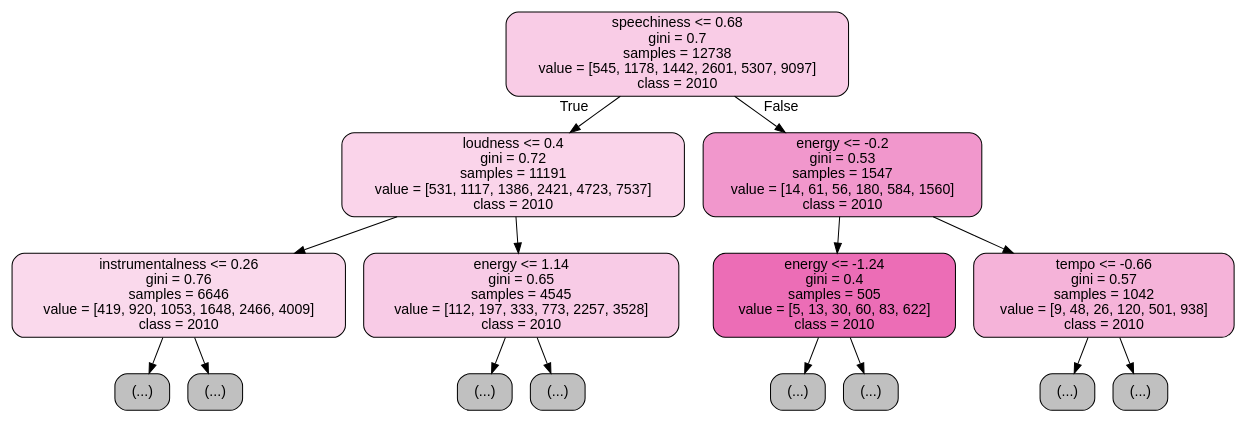
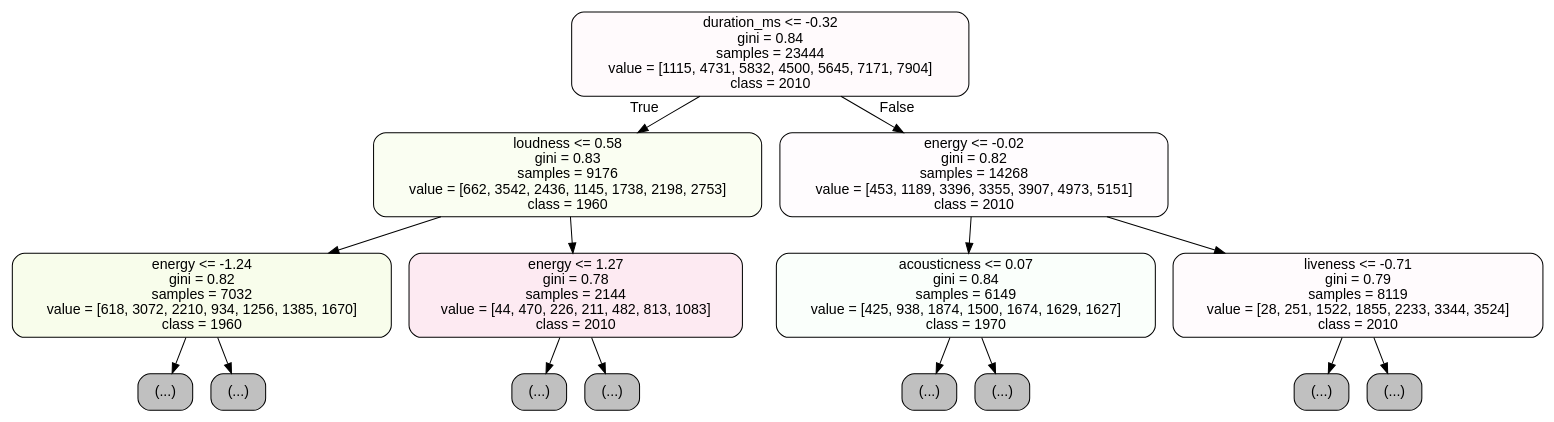
One commit to sam-lupton/sl-capstone changed the diagram in tree.dot. Above: the diagram before and after it, drawn with Graphviz. The commit also changed 18 other files, not shown here.

```diff
--- a/tree.dot
+++ b/tree.dot
@@ -1,33 +1,33 @@
 digraph Tree {
 node [shape=box, style="filled, rounded", color="black", fontname=helvetica] ;
 edge [fontname=helvetica] ;
-0 [label="speechiness <= 0.68\ngini = 0.7\nsamples = 12738\nvalue = [545, 1178, 1442, 2601, 5307, 9097]\nclass = 2010", fillcolor="#e5399d41"] ;
-1 [label="loudness <= 0.4\ngini = 0.72\nsamples = 11191\nvalue = [531, 1117, 1386, 2421, 4723, 7537]\nclass = 2010", fillcolor="#e5399d37"] ;
+0 [label="duration_ms <= -0.32\ngini = 0.84\nsamples = 23444\nvalue = [1115, 4731, 5832, 4500, 5645, 7171, 7904]\nclass = 2010", fillcolor="#e5398606"] ;
+1 [label="loudness <= 0.58\ngini = 0.83\nsamples = 9176\nvalue = [662, 3542, 2436, 1145, 1738, 2198, 2753]\nclass = 1960", fillcolor="#b7e53911"] ;
 0 -> 1 [labeldistance=2.5, labelangle=45, headlabel="True"] ;
-2 [label="instrumentalness <= 0.26\ngini = 0.76\nsamples = 6646\nvalue = [419, 920, 1053, 1648, 2466, 4009]\nclass = 2010", fillcolor="#e5399d31"] ;
+2 [label="energy <= -1.24\ngini = 0.82\nsamples = 7032\nvalue = [618, 3072, 2210, 934, 1256, 1385, 1670]\nclass = 1960", fillcolor="#b7e53919"] ;
 1 -> 2 ;
 3 [label="(...)", fillcolor="#C0C0C0"] ;
 2 -> 3 ;
-3528 [label="(...)", fillcolor="#C0C0C0"] ;
-2 -> 3528 ;
-4273 [label="energy <= 1.14\ngini = 0.65\nsamples = 4545\nvalue = [112, 197, 333, 773, 2257, 3528]\nclass = 2010", fillcolor="#e5399d42"] ;
-1 -> 4273 ;
-4274 [label="(...)", fillcolor="#C0C0C0"] ;
-4273 -> 4274 ;
-6043 [label="(...)", fillcolor="#C0C0C0"] ;
-4273 -> 6043 ;
-6968 [label="energy <= -0.2\ngini = 0.53\nsamples = 1547\nvalue = [14, 61, 56, 180, 584, 1560]\nclass = 2010", fillcolor="#e5399d85"] ;
-0 -> 6968 [labeldistance=2.5, labelangle=-45, headlabel="False"] ;
-6969 [label="energy <= -1.24\ngini = 0.4\nsamples = 505\nvalue = [5, 13, 30, 60, 83, 622]\nclass = 2010", fillcolor="#e5399dbc"] ;
-6968 -> 6969 ;
-6970 [label="(...)", fillcolor="#C0C0C0"] ;
-6969 -> 6970 ;
-7011 [label="(...)", fillcolor="#C0C0C0"] ;
-6969 -> 7011 ;
-7164 [label="tempo <= -0.66\ngini = 0.57\nsamples = 1042\nvalue = [9, 48, 26, 120, 501, 938]\nclass = 2010", fillcolor="#e5399d62"] ;
-6968 -> 7164 ;
-7165 [label="(...)", fillcolor="#C0C0C0"] ;
-7164 -> 7165 ;
-7376 [label="(...)", fillcolor="#C0C0C0"] ;
-7164 -> 7376 ;
+1798 [label="(...)", fillcolor="#C0C0C0"] ;
+2 -> 1798 ;
+7147 [label="energy <= 1.27\ngini = 0.78\nsamples = 2144\nvalue = [44, 470, 226, 211, 482, 813, 1083]\nclass = 2010", fillcolor="#e539861b"] ;
+1 -> 7147 ;
+7148 [label="(...)", fillcolor="#C0C0C0"] ;
+7147 -> 7148 ;
+8413 [label="(...)", fillcolor="#C0C0C0"] ;
+7147 -> 8413 ;
+9156 [label="energy <= -0.02\ngini = 0.82\nsamples = 14268\nvalue = [453, 1189, 3396, 3355, 3907, 4973, 5151]\nclass = 2010", fillcolor="#e5398603"] ;
+0 -> 9156 [labeldistance=2.5, labelangle=-45, headlabel="False"] ;
+9157 [label="acousticness <= 0.07\ngini = 0.84\nsamples = 6149\nvalue = [425, 938, 1874, 1500, 1674, 1629, 1627]\nclass = 1970", fillcolor="#39e54d06"] ;
+9156 -> 9157 ;
+9158 [label="(...)", fillcolor="#C0C0C0"] ;
+9157 -> 9158 ;
+11077 [label="(...)", fillcolor="#C0C0C0"] ;
+9157 -> 11077 ;
+15506 [label="liveness <= -0.71\ngini = 0.79\nsamples = 8119\nvalue = [28, 251, 1522, 1855, 2233, 3344, 3524]\nclass = 2010", fillcolor="#e5398605"] ;
+9156 -> 15506 ;
+15507 [label="(...)", fillcolor="#C0C0C0"] ;
+15506 -> 15507 ;
+16990 [label="(...)", fillcolor="#C0C0C0"] ;
+15506 -> 16990 ;
 }
```
